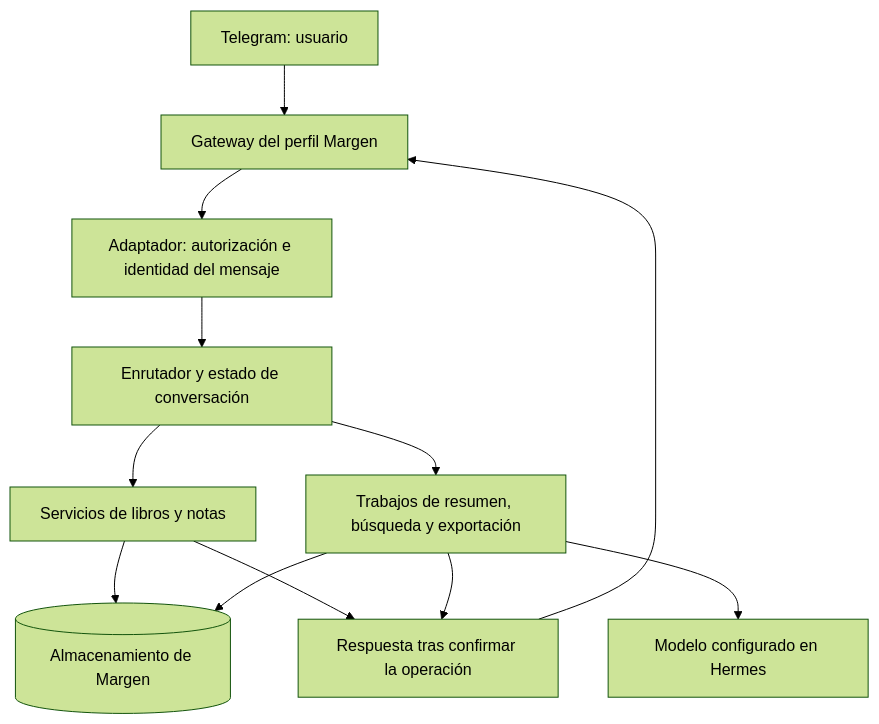
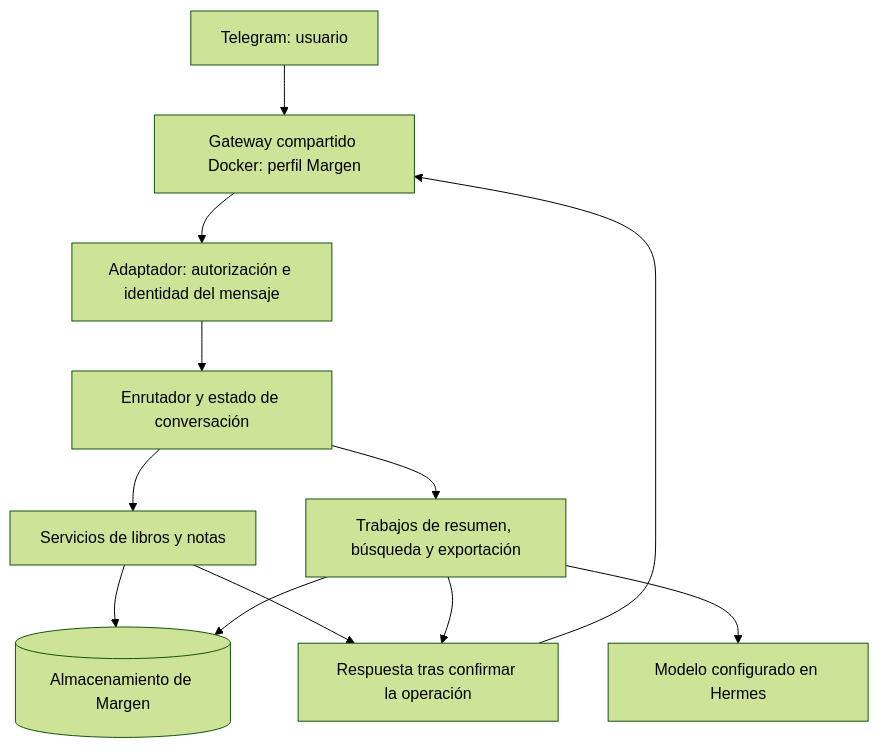
One commit to jbaquerot/margen-hermes-ai changed the diagram in .specify/specs/001-margen/plan.md. Above: the diagram before and after it, drawn with Mermaid (forest theme). The commit also changed other lines of this file and 14 other files, not shown here.

````diff
--- a/.specify/specs/001-margen/plan.md
+++ b/.specify/specs/001-margen/plan.md
@@ -77,14 +90,14 @@
 ```mermaid
 flowchart TD
-    T[Telegram: usuario] --> G[Gateway del perfil Margen]
+    T[Telegram: usuario] --> G[Gateway compartido Docker: perfil Margen]
     G --> A[Adaptador: autorización e identidad del mensaje]
     A --> R[Enrutador y estado de conversación]
     R --> D[Servicios de libros y notas]
     D --> S[(Almacenamiento de Margen)]
     R --> J[Trabajos de resumen, búsqueda y exportación]
     J --> S
     J --> L[Modelo configurado en Hermes]
     D --> O[Respuesta tras confirmar la operación]
     J --> O
     O --> G
 ```
````
